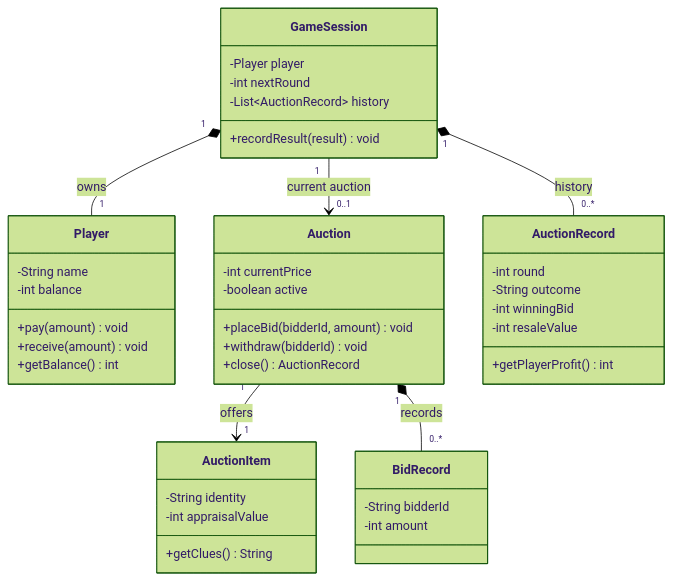
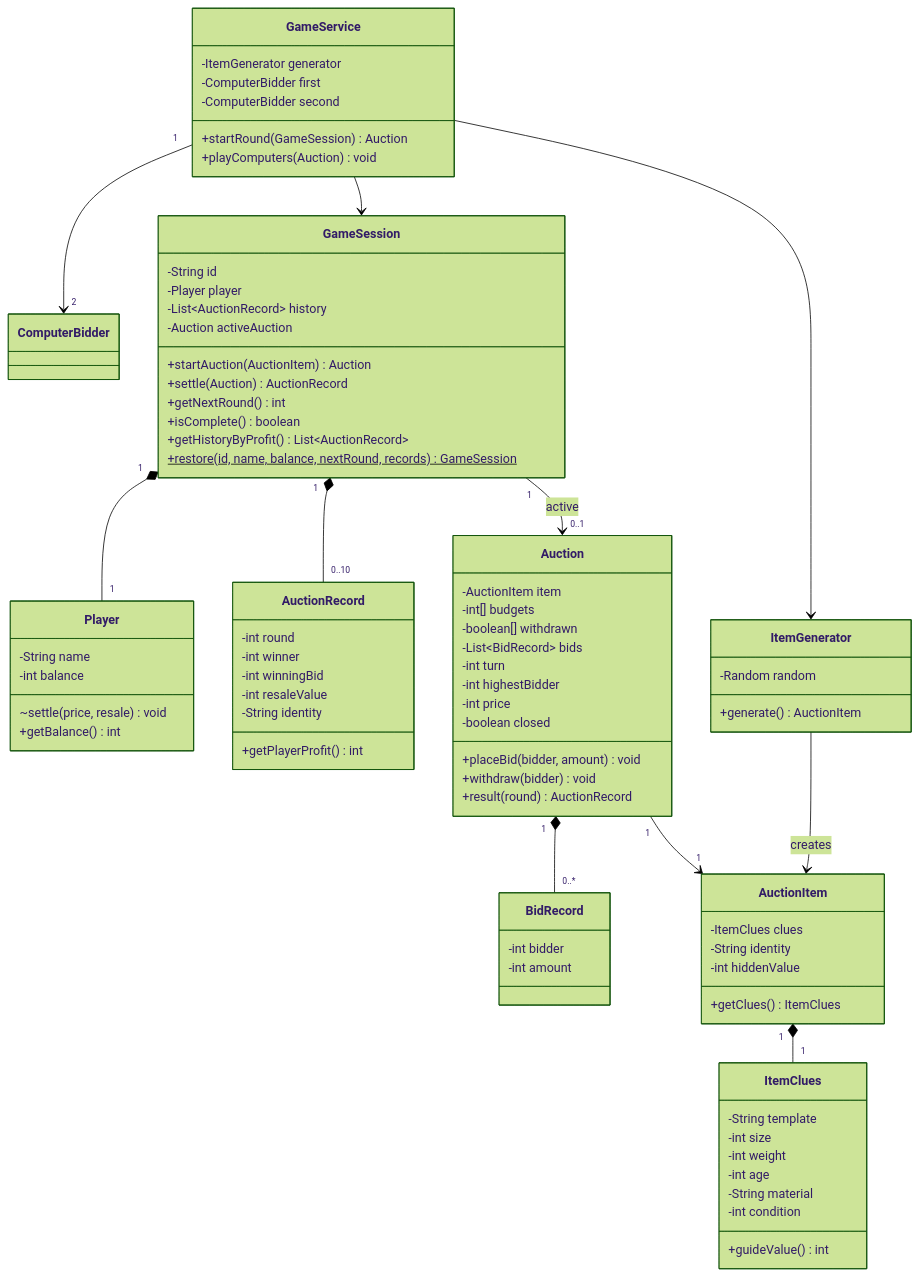
Before and after one commit to TFY800/P2-Mystery-Auction: the first of 3 diagrams in docs/design.md, drawn with Mermaid (forest theme). The commit also changed other lines of this file and 7 other files, not shown here.

````diff
--- a/docs/design.md
+++ b/docs/design.md
@@ -7,44 +8,82 @@
 ```mermaid
 classDiagram
     class GameSession {
+        -String id
         -Player player
-        -int nextRound
         -List~AuctionRecord~ history
-        +recordResult(result) void
+        -Auction activeAuction
+        +startAuction(AuctionItem) Auction
+        +settle(Auction) AuctionRecord
+        +getNextRound() int
+        +isComplete() boolean
+        +getHistoryByProfit() List~AuctionRecord~
+        +restore(id, name, balance, nextRound, records)$ GameSession
     }
     class Player {
         -String name
         -int balance
-        +pay(amount) void
-        +receive(amount) void
+        ~settle(price, resale) void
         +getBalance() int
     }
     class Auction {
-        -int currentPrice
-        -boolean active
-        +placeBid(bidderId, amount) void
-        +withdraw(bidderId) void
-        +close() AuctionRecord
+        -AuctionItem item
+        -int[] budgets
+        -boolean[] withdrawn
+        -List~BidRecord~ bids
+        -int turn
+        -int highestBidder
+        -int price
+        -boolean closed
+        +placeBid(bidder, amount) void
+        +withdraw(bidder) void
+        +result(round) AuctionRecord
     }
     class AuctionItem {
+        -ItemClues clues
         -String identity
-        -int appraisalValue
-        +getClues() String
+        -int hiddenValue
+        +getClues() ItemClues
+    }
+    class ItemClues {
+        -String template
+        -int size
+        -int weight
+        -int age
+        -String material
+        -int condition
+        +guideValue() int
     }
     class AuctionRecord {
         -int round
-        -String outcome
+        -int winner
         -int winningBid
         -int resaleValue
+        -String identity
         +getPlayerProfit() int
     }
     class BidRecord {
-        -String bidderId
+        -int bidder
         -int amount
     }
-    GameSession "1" *-- "1" Player : owns
-    GameSession "1" *-- "0..*" AuctionRecord : history
-    GameSession "1" --> "0..1" Auction : current auction
-    Auction "1" --> "1" AuctionItem : offers
-    Auction "1" *-- "0..*" BidRecord : records
+    class GameService {
+        -ItemGenerator generator
+        -ComputerBidder first
+        -ComputerBidder second
+        +startRound(GameSession) Auction
+        +playComputers(Auction) void
+    }
+    class ItemGenerator {
+        -Random random
+        +generate() AuctionItem
+    }
+    GameSession "1" *-- "1" Player
+    GameSession "1" *-- "0..10" AuctionRecord
+    GameSession "1" --> "0..1" Auction : active
+    Auction "1" *-- "0..*" BidRecord
+    Auction "1" --> "1" AuctionItem
+    AuctionItem "1" *-- "1" ItemClues
+    GameService "1" --> "2" ComputerBidder
+    GameService --> GameSession
+    GameService --> ItemGenerator
+    ItemGenerator --> AuctionItem : creates
 ```
````
